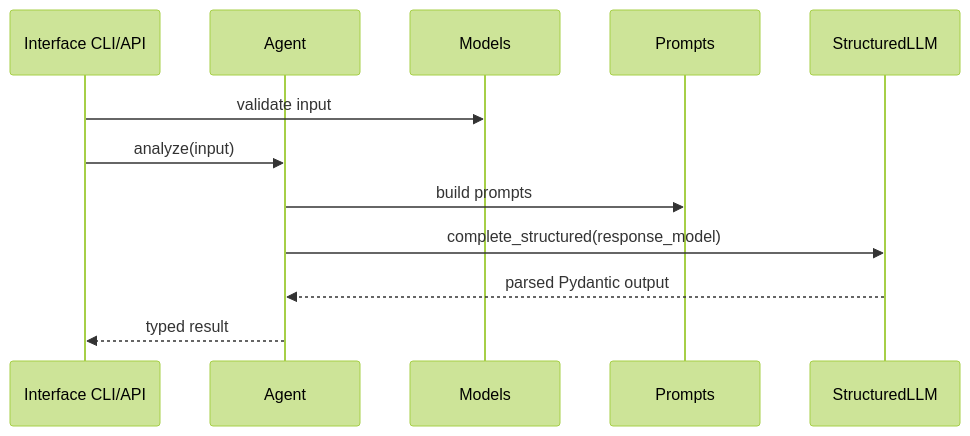
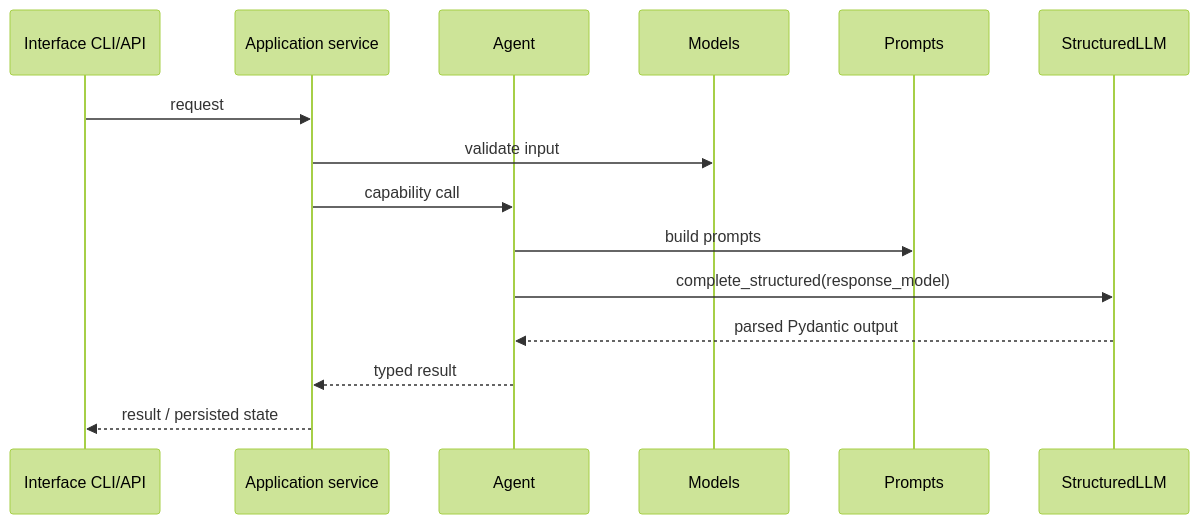
Before and after one commit to shira-ozana/career-ai: the eighth of 8 diagrams in docs/architecture/overview.md, drawn with Mermaid (forest theme). The commit also changed other lines of this file and 16 other files, not shown here.

Commit message:
Align architecture docs with modular-monolith and catalog-first Job Search decisions.

````diff
--- a/docs/architecture/overview.md
+++ b/docs/architecture/overview.md
@@ -265,15 +477,18 @@
 ```mermaid
 sequenceDiagram
     participant I as Interface CLI/API
+    participant S as Application service
     participant A as Agent
     participant M as Models
     participant P as Prompts
     participant L as StructuredLLM
 
-    I->>M: validate input
-    I->>A: analyze(input)
+    I->>S: request
+    S->>M: validate input
+    S->>A: capability call
     A->>P: build prompts
     A->>L: complete_structured(response_model)
     L-->>A: parsed Pydantic output
-    A-->>I: typed result
+    A-->>S: typed result
+    S-->>I: result / persisted state
 ```
````
